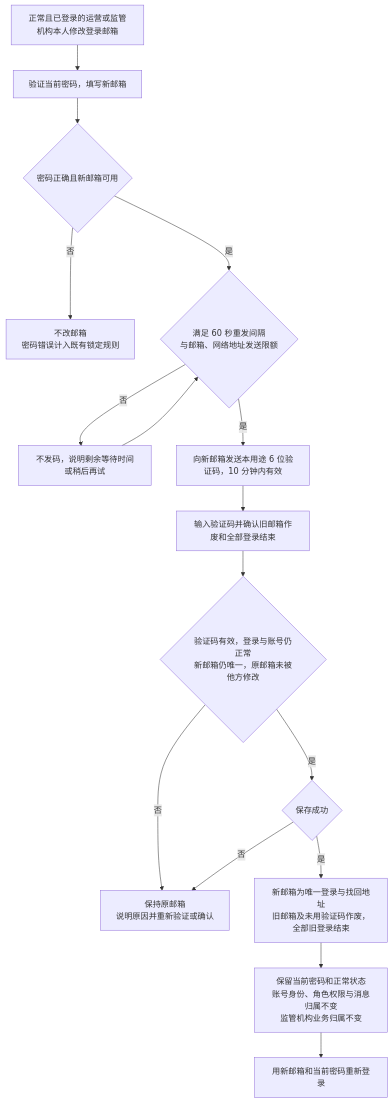
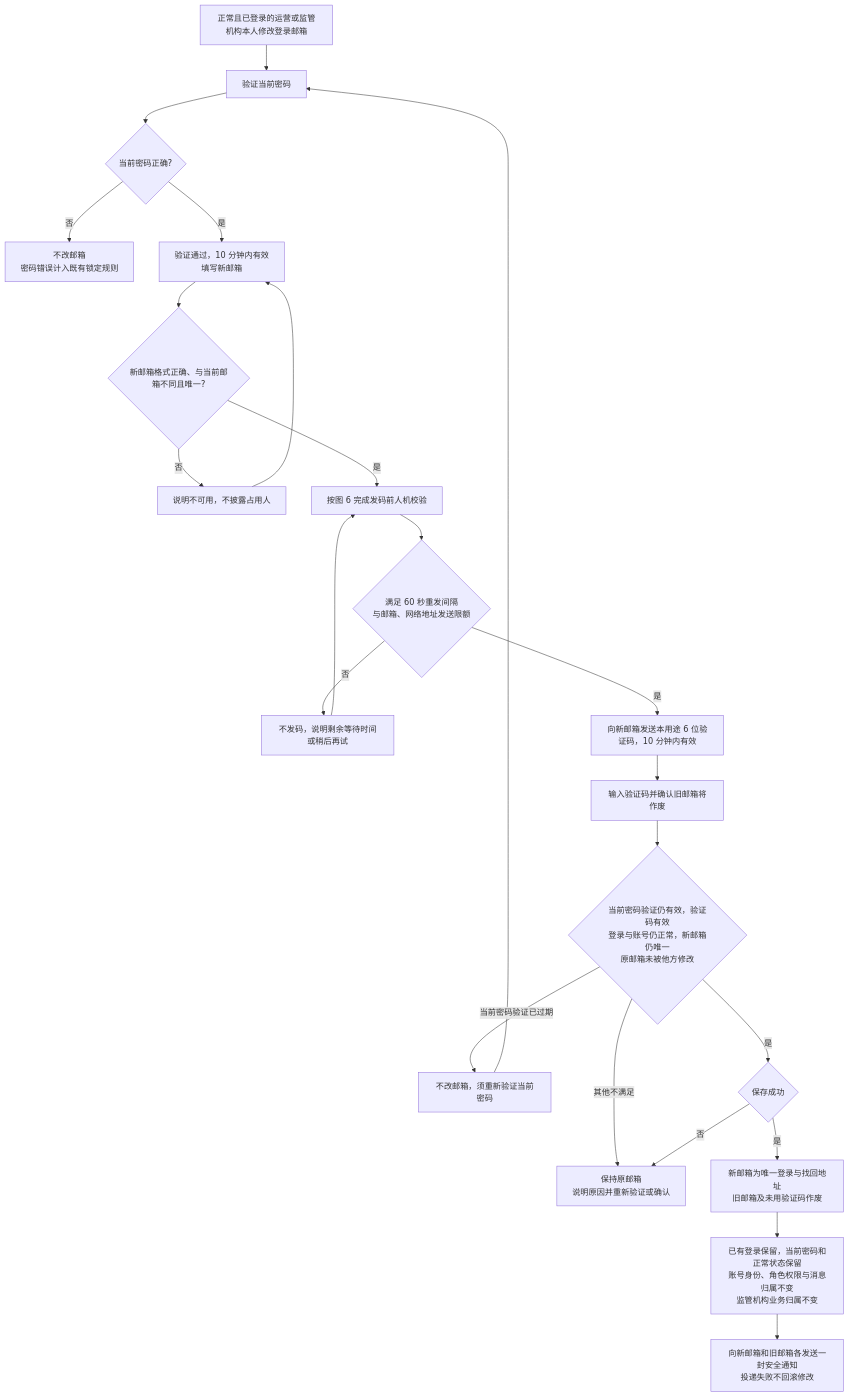
Before and after one commit to wxblockchain/Chain-Financing: the seventh of 9 diagrams in token-issuance-platform/PRD/管理端/M5-管理端登录与权限/02-管理端登录与权限-流程图与状态机.md, drawn with Mermaid. The commit also changed other lines of this file and 33 other files, not shown here.

````diff
--- a/token-issuance-platform/PRD/管理端/M5-管理端登录与权限/02-管理端登录与权限-流程图与状态机.md
+++ b/token-issuance-platform/PRD/管理端/M5-管理端登录与权限/02-管理端登录与权限-流程图与状态机.md
@@ -154,18 +164,25 @@
 ```mermaid
 flowchart TD
-    A[正常且已登录的运营或监管机构本人修改登录邮箱] --> B[验证当前密码，填写新邮箱]
-    B --> C{密码正确且新邮箱可用}
+    A[正常且已登录的运营或监管机构本人修改登录邮箱] --> B[验证当前密码]
+    B --> C{当前密码正确?}
     C -->|否| D[不改邮箱<br/>密码错误计入既有锁定规则]
-    C -->|是| E0{满足 60 秒重发间隔<br/>与邮箱、网络地址发送限额}
+    C -->|是| B1[验证通过，10 分钟内有效<br/>填写新邮箱]
+    B1 --> C1{新邮箱格式正确、与当前邮箱不同且唯一?}
+    C1 -->|否| D1[说明不可用，不披露占用人]
+    D1 --> B1
+    C1 -->|是| E2[按图 6 完成发码前人机校验]
+    E2 --> E0{满足 60 秒重发间隔<br/>与邮箱、网络地址发送限额}
     E0 -->|否| E1[不发码，说明剩余等待时间或稍后再试]
-    E1 --> E0
+    E1 --> E2
     E0 -->|是| E[向新邮箱发送本用途 6 位验证码，10 分钟内有效]
-    E --> F[输入验证码并确认旧邮箱作废和全部登录结束]
-    F --> G{验证码有效，登录与账号仍正常<br/>新邮箱仍唯一，原邮箱未被他方修改}
-    G -->|否| H[保持原邮箱<br/>说明原因并重新验证或确认]
+    E --> F[输入验证码并确认旧邮箱将作废]
+    F --> G{当前密码验证仍有效，验证码有效<br/>登录与账号仍正常，新邮箱仍唯一<br/>原邮箱未被他方修改}
+    G -->|当前密码验证已过期| G1[不改邮箱，须重新验证当前密码]
+    G1 --> B
+    G -->|其他不满足| H[保持原邮箱<br/>说明原因并重新验证或确认]
     G -->|是| I{保存成功}
     I -->|否| H
-    I -->|是| J[新邮箱为唯一登录与找回地址<br/>旧邮箱及未用验证码作废，全部旧登录结束]
-    J --> K[保留当前密码和正常状态<br/>账号身份、角色权限与消息归属不变<br/>监管机构业务归属不变]
-    K --> L[用新邮箱和当前密码重新登录]
+    I -->|是| J[新邮箱为唯一登录与找回地址<br/>旧邮箱及未用验证码作废]
+    J --> K[已有登录保留，当前密码和正常状态保留<br/>账号身份、角色权限与消息归属不变<br/>监管机构业务归属不变]
+    K --> L[向新邮箱和旧邮箱各发送一封安全通知<br/>投递失败不回滚修改]
 ```
````
